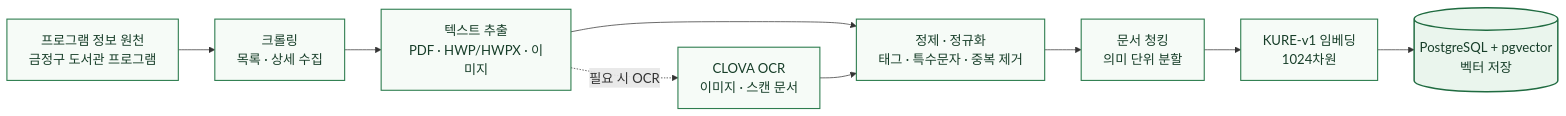
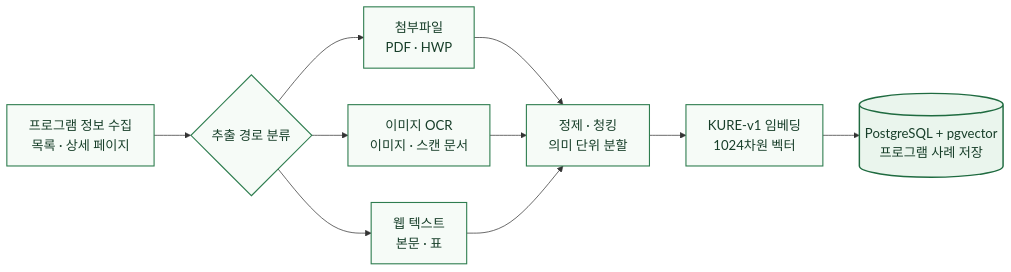
The first of 4 diagrams in README.md (PNU-2026-AI-Hackathon/pnuai-a-02-potg), drawn with Mermaid before and after one commit. The commit also changed other lines of this file and 2 other files, not shown here.

````diff
--- a/README.md
+++ b/README.md
@@ -127,21 +129,23 @@
 ```mermaid
 %%{init: {"themeVariables": {"fontSize": "18px"}}}%%
 flowchart LR
-    SOURCE["프로그램 정보 원천<br/>금정구 도서관 프로그램"]
-    CRAWL["크롤링<br/>목록 · 상세 수집"]
-    EXTRACT["텍스트 추출<br/>PDF · HWP/HWPX · 이미지"]
-    OCR["CLOVA OCR<br/>이미지 · 스캔 문서"]
-    NORMALIZE["정제 · 정규화<br/>태그 · 특수문자 · 중복 제거"]
-    CHUNK["문서 청킹<br/>의미 단위 분할"]
-    EMBED["KURE-v1 임베딩<br/>1024차원"]
-    STORE[("PostgreSQL + pgvector<br/>벡터 저장")]
+    COLLECT["프로그램 정보 수집<br/>목록 · 상세 페이지"]
+    EXTRACT{"추출 경로 분류"}
+    FILE["첨부파일<br/>PDF · HWP"]
+    OCR["이미지 OCR<br/>이미지 · 스캔 문서"]
+    WEB["웹 텍스트<br/>본문 · 표"]
+    CLEAN["정제 · 청킹<br/>의미 단위 분할"]
+    EMBED["KURE-v1 임베딩<br/>1024차원 벡터"]
+    STORE[("PostgreSQL + pgvector<br/>프로그램 사례 저장")]
 
-    SOURCE --> CRAWL --> EXTRACT --> NORMALIZE --> CHUNK --> EMBED --> STORE
-    EXTRACT -. "필요 시 OCR" .-> OCR
-    OCR --> NORMALIZE
+    COLLECT --> EXTRACT
+    EXTRACT --> FILE --> CLEAN
+    EXTRACT --> OCR --> CLEAN
+    EXTRACT --> WEB --> CLEAN
+    CLEAN --> EMBED --> STORE
 
     classDef process fill:#F6FBF7,stroke:#2E7D4F,color:#173E29,stroke-width:1.5px,font-size:18px;
     classDef storage fill:#EAF5ED,stroke:#1F6B40,color:#173E29,stroke-width:2px,font-size:18px;
-    class SOURCE,CRAWL,EXTRACT,OCR,NORMALIZE,CHUNK,EMBED process;
+    class COLLECT,EXTRACT,FILE,OCR,WEB,CLEAN,EMBED process;
     class STORE storage;
 ```
````
